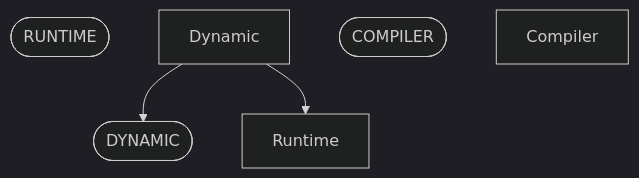
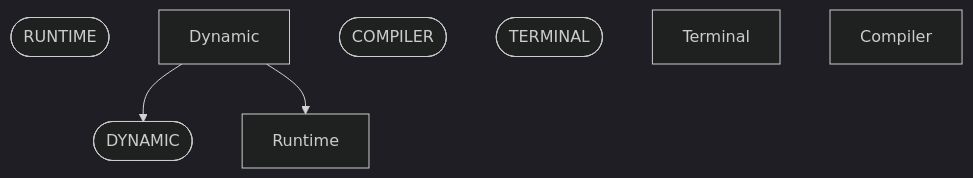
Before and after one commit to ruudkoot/rune: the ninth of 9 diagrams in docs/generated/basis/depends.md, drawn with Mermaid (dark theme). The commit also changed other lines of this file and 67 other files, not shown here.

````diff
--- a/docs/generated/basis/depends.md
+++ b/docs/generated/basis/depends.md
@@ -429,11 +430,13 @@
 ```mermaid
 flowchart TD
   n85(["RUNTIME"])
   n86["Runtime"]
   n87(["DYNAMIC"])
   n88["Dynamic"]
   n89(["COMPILER"])
-  n90["Compiler"]
+  n90(["TERMINAL"])
+  n91["Terminal"]
+  n92["Compiler"]
   n88 --> n87
   n88 --> n86
 ```
````
